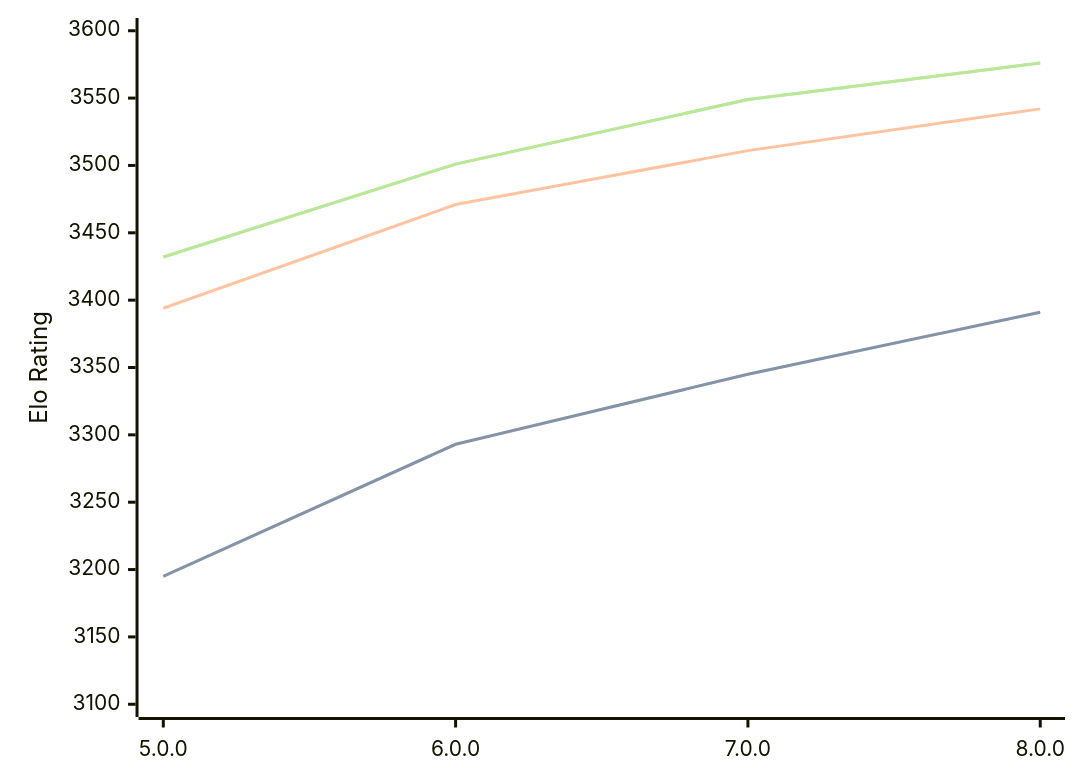
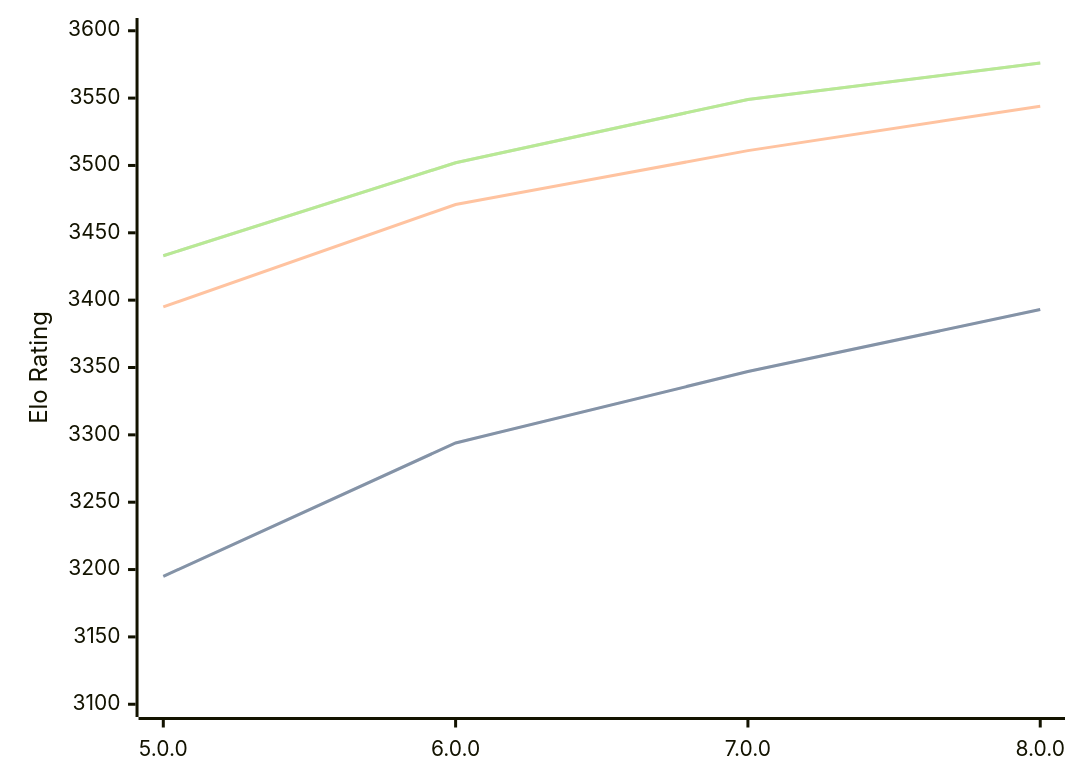
The diagram in engines/Stormphrax.md (computer-chess-index/cci), drawn with Mermaid before and after one commit. The commit also changed other lines of this file, not shown here.

Commit message:
Update CCI Ratings (ELO VLTC) - 2026-08-21

````diff
--- a/engines/Stormphrax.md
+++ b/engines/Stormphrax.md
@@ -34,11 +34,11 @@
 ```mermaid
 %%{init: {"theme":"base","themeVariables":{"seriesColors:['#a3a3a3','#222221','#faa371']}}}%%
 xychart-beta
   x-axis ["5.0.0", "6.0.0", "7.0.0", "8.0.0"]
   y-axis "Elo Rating" 3100 --> 3600
-  line "STC (8.0+0.08s)" [3195, 3293, 3345, 3391]
-  line "STC (8.0+0.08s)" [3195, 3293, 3345, 3391]
-  line "LTC (60.0+0.60s)" [3394, 3471, 3511, 3542]
-  line "VLTC (2m24s+1.12s)" [3432, 3501, 3549, 3576]
-  line "VLTC (2m24s+1.12s)" [3432, 3501, 3549, 3576]
+  line "STC (8.0+0.08s)" [3195, 3294, 3347, 3393]
+  line "STC (8.0+0.08s)" [3195, 3294, 3347, 3393]
+  line "LTC (60.0+0.60s)" [3395, 3471, 3511, 3544]
+  line "VLTC (2m24s+1.12s)" [3433, 3502, 3549, 3576]
+  line "VLTC (2m24s+1.12s)" [3433, 3502, 3549, 3576]
 ```
````
